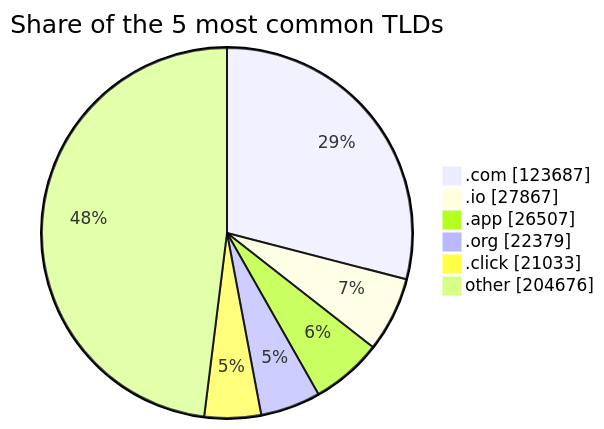
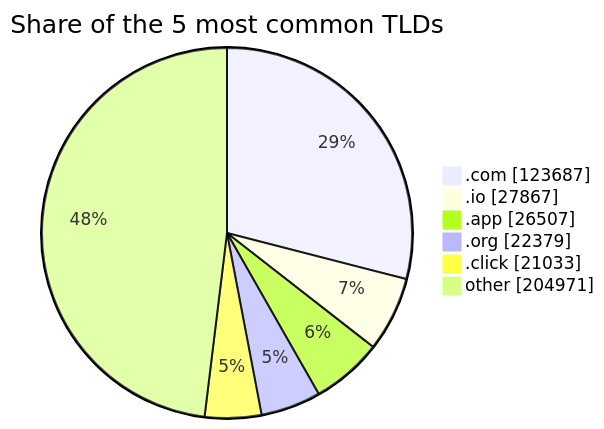
The third of 3 diagrams in README.md (DNSBunker/CTI), drawn with Mermaid before and after one commit. The commit also changed other lines of this file and 3 other files, not shown here.

````diff
--- a/README.md
+++ b/README.md
@@ -81,9 +81,9 @@
 ```mermaid
 pie showData title Share of the 5 most common TLDs
     ".com" : 123687
     ".io" : 27867
     ".app" : 26507
     ".org" : 22379
     ".click" : 21033
-    "other" : 204676
+    "other" : 204971
 ```
````
